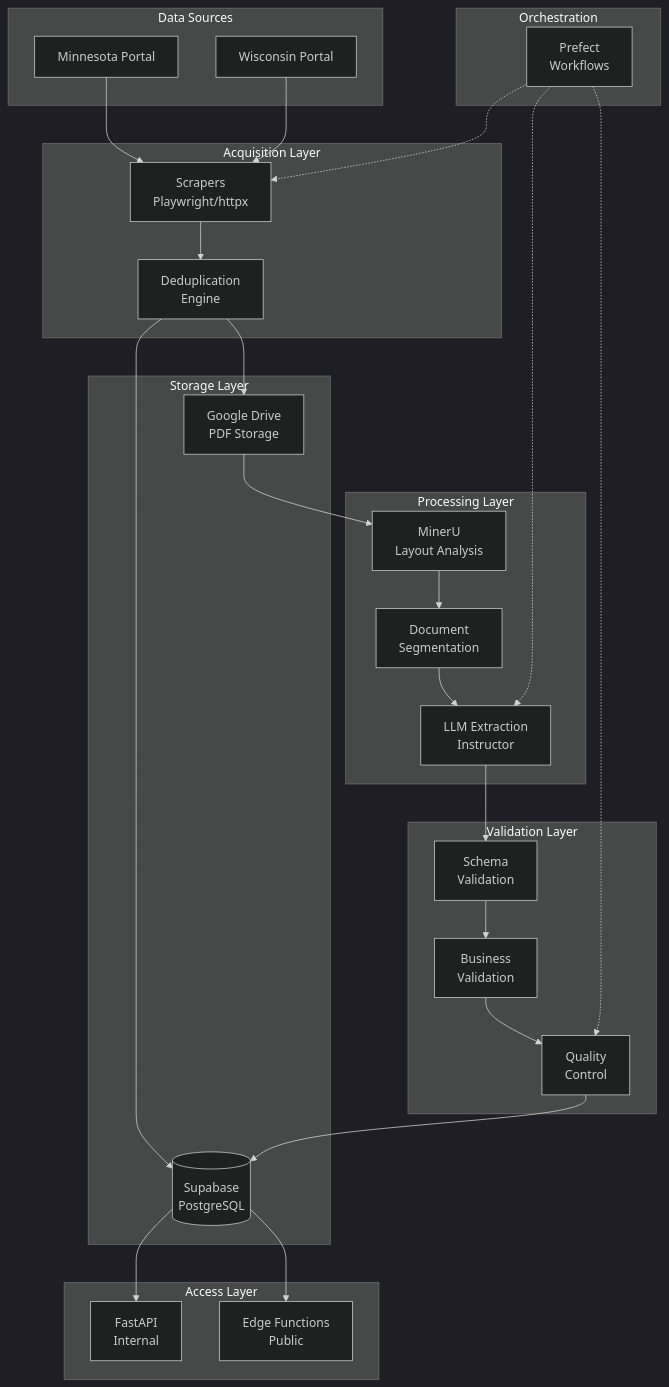
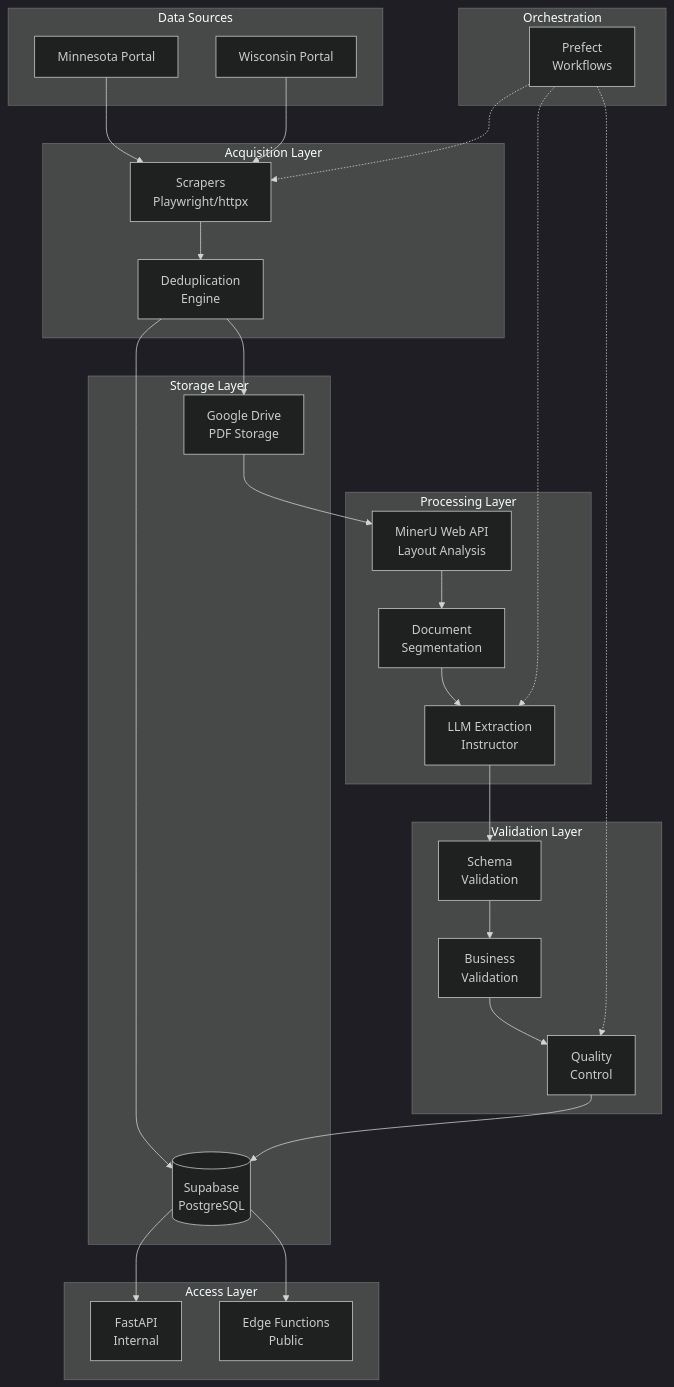
One commit to mmarcus006/fdd_pipeline_new changed the first of 3 diagrams in docs/ARCHITECTURE.md. Above: the diagram before and after it, drawn with Mermaid (dark theme). The commit also changed other lines of this file and 26 other files, not shown here.

First line of the commit message:
Update architecture and documentation for FDD pipeline enhancements

````diff
--- a/docs/ARCHITECTURE.md
+++ b/docs/ARCHITECTURE.md
@@ -9,56 +9,56 @@
 ```mermaid
 graph TB
     subgraph "Data Sources"
         MN[Minnesota Portal]
         WI[Wisconsin Portal]
     end
     
     subgraph "Acquisition Layer"
         SC[Scrapers<br/>Playwright/httpx]
         DD[Deduplication<br/>Engine]
     end
     
     subgraph "Storage Layer"
         GD[Google Drive<br/>PDF Storage]
         SB[(Supabase<br/>PostgreSQL)]
     end
     
     subgraph "Processing Layer"
-        MU[MinerU<br/>Layout Analysis]
+        MU[MinerU Web API<br/>Layout Analysis]
         SEG[Document<br/>Segmentation]
         LLM[LLM Extraction<br/>Instructor]
     end
     
     subgraph "Validation Layer"
         SV[Schema<br/>Validation]
         BV[Business<br/>Validation]
         QC[Quality<br/>Control]
     end
     
     subgraph "Access Layer"
         API[FastAPI<br/>Internal]
         EF[Edge Functions<br/>Public]
     end
     
     subgraph "Orchestration"
         PF[Prefect<br/>Workflows]
     end
     
     MN --> SC
     WI --> SC
     SC --> DD
     DD --> GD
     DD --> SB
     GD --> MU
     MU --> SEG
     SEG --> LLM
     LLM --> SV
     SV --> BV
     BV --> QC
     QC --> SB
     SB --> API
     SB --> EF
     PF -.-> SC
     PF -.-> LLM
     PF -.-> QC
 ```
````
